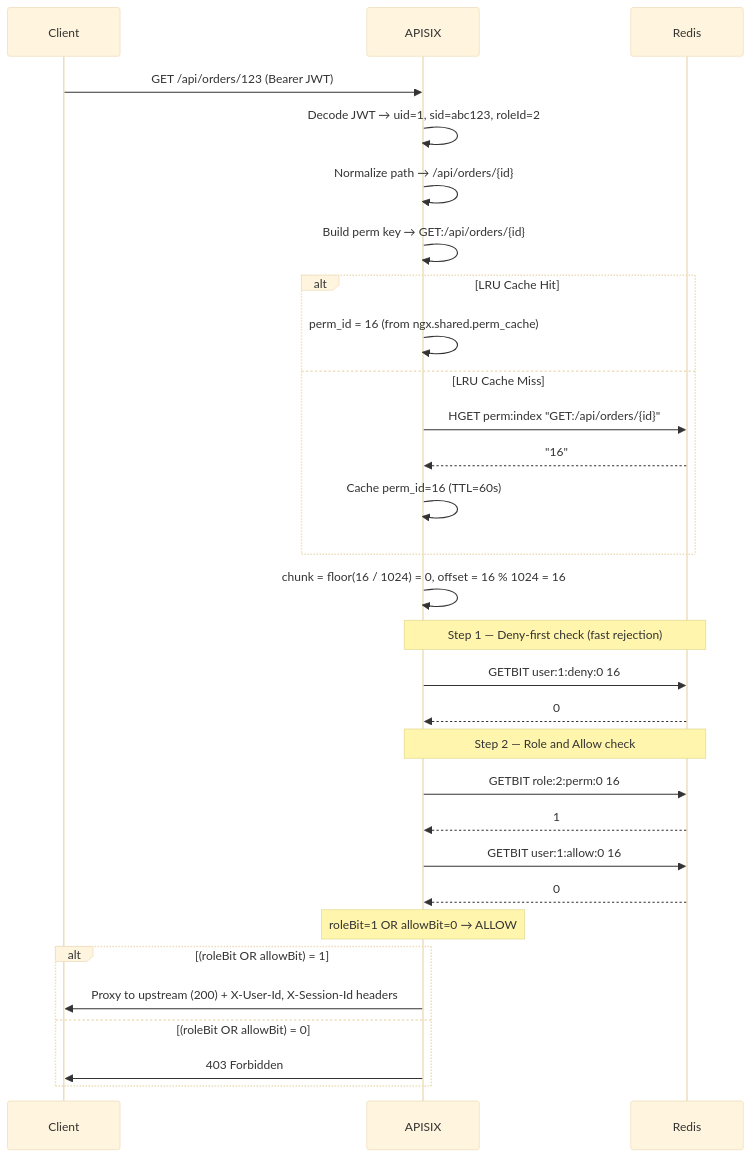
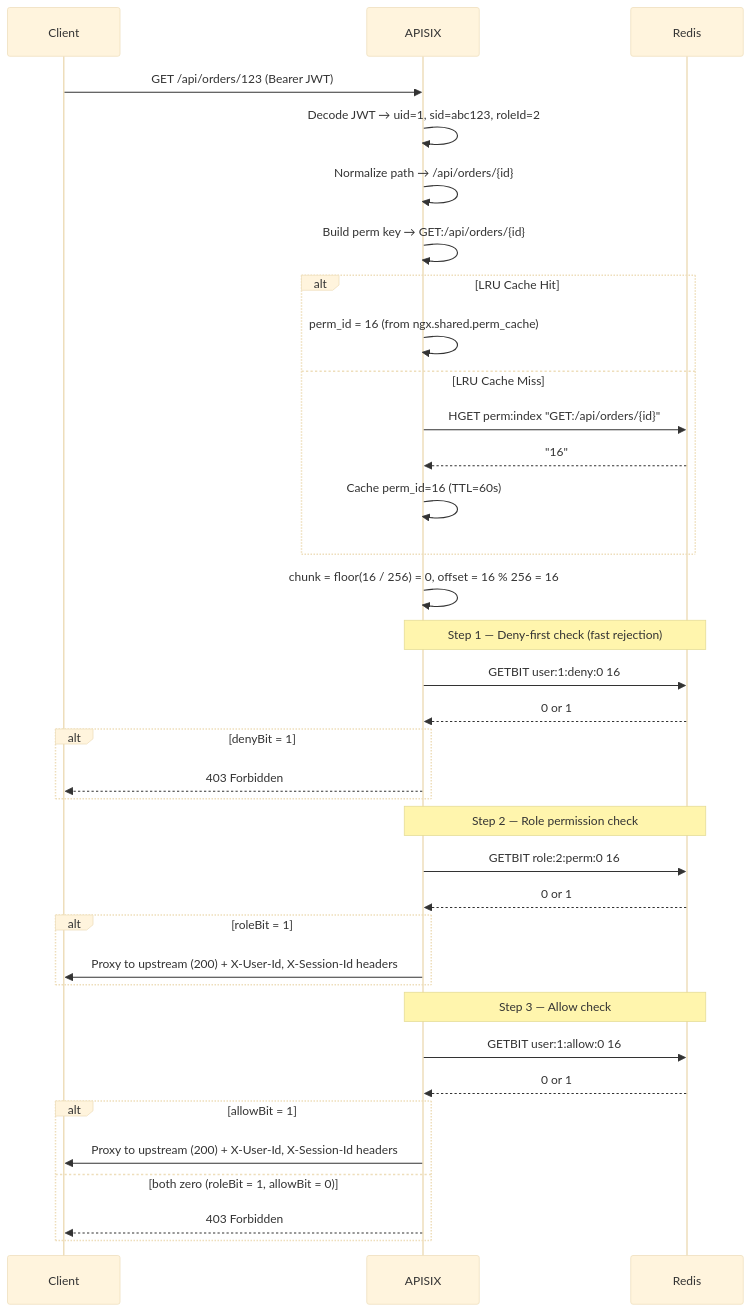
Before and after one commit to mobarakice/bitmap-authorization: the second of 2 diagrams in docs/architecture.md, drawn with Mermaid (base theme). The commit also changed other lines of this file and 5 other files, not shown here.

````diff
--- a/docs/architecture.md
+++ b/docs/architecture.md
@@ -64,40 +65,45 @@
 ```mermaid
 sequenceDiagram
     participant C as Client
     participant A as APISIX
     participant R as Redis
 
     C->>A: GET /api/orders/123 (Bearer JWT)
 
     A->>A: Decode JWT → uid=1, sid=abc123, roleId=2
     A->>A: Normalize path → /api/orders/{id}
     A->>A: Build perm key → GET:/api/orders/{id}
 
     alt LRU Cache Hit
         A->>A: perm_id = 16 (from ngx.shared.perm_cache)
     else LRU Cache Miss
         A->>R: HGET perm:index "GET:/api/orders/{id}"
         R-->>A: "16"
         A->>A: Cache perm_id=16 (TTL=60s)
     end
 
-    A->>A: chunk = floor(16 / 1024) = 0, offset = 16 % 1024 = 16
+    A->>A: chunk = floor(16 / 256) = 0, offset = 16 % 256 = 16
 
     Note over A,R: Step 1 — Deny-first check (fast rejection)
     A->>R: GETBIT user:1:deny:0 16
-    R-->>A: 0
+    R-->>A: 0 or 1
+    alt denyBit = 1
+        A-->>C: 403 Forbidden
+    end
 
-    Note over A,R: Step 2 — Role and Allow check
+    Note over A,R: Step 2 — Role permission check
     A->>R: GETBIT role:2:perm:0 16
-    R-->>A: 1
+    R-->>A: 0 or 1
+    alt roleBit = 1
+      A->>C: Proxy to upstream (200) + X-User-Id, X-Session-Id headers
+    end
+    Note over A,R: Step 3 — Allow check
     A->>R: GETBIT user:1:allow:0 16
-    R-->>A: 0
-
-    Note over A: roleBit=1 OR allowBit=0 → ALLOW
-
-    alt (roleBit OR allowBit) = 1
+    R-->>A: 0 or 1
+    alt allowBit = 1
         A->>C: Proxy to upstream (200) + X-User-Id, X-Session-Id headers
-    else (roleBit OR allowBit) = 0
-        A->>C: 403 Forbidden
+    else both zero (roleBit = 1, allowBit = 0) 
+        A-->>C: 403 Forbidden
     end
+    
 ```
````
